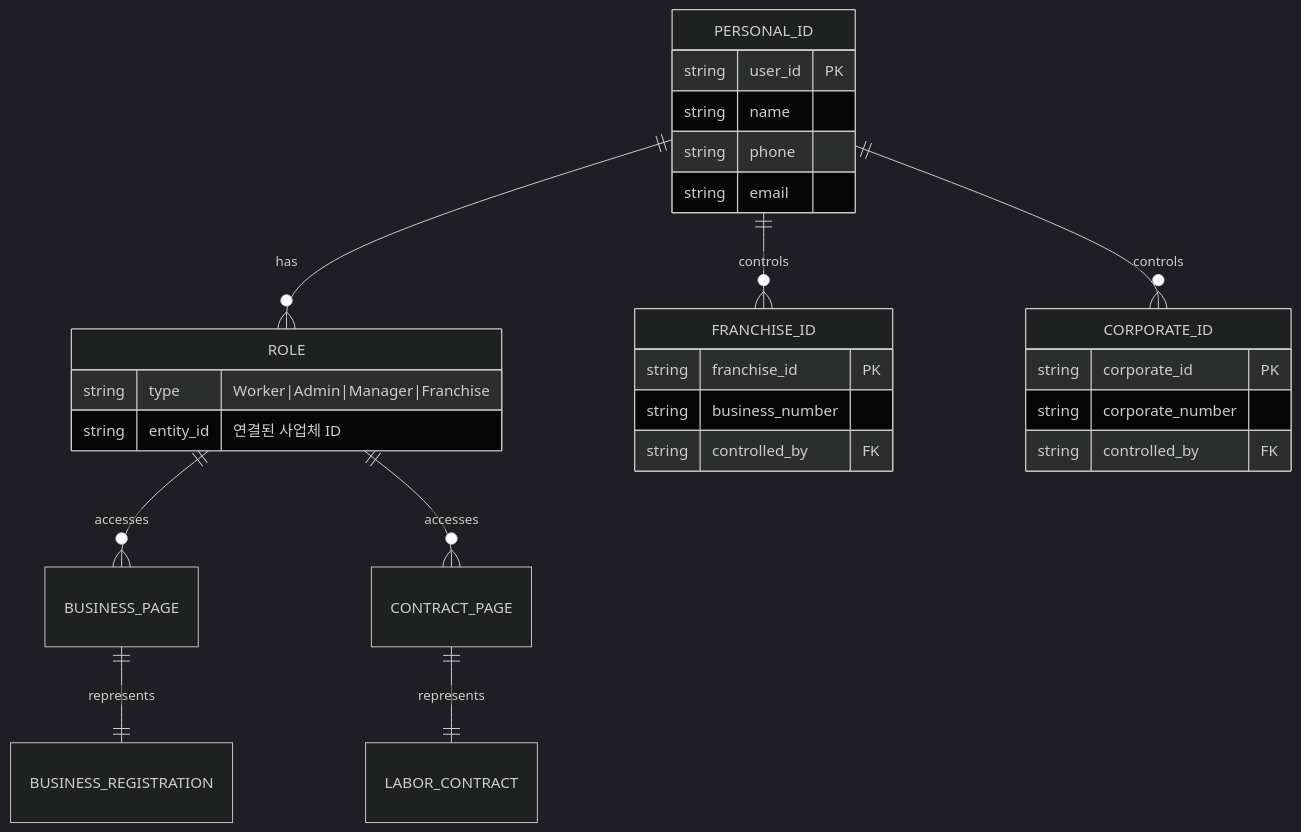
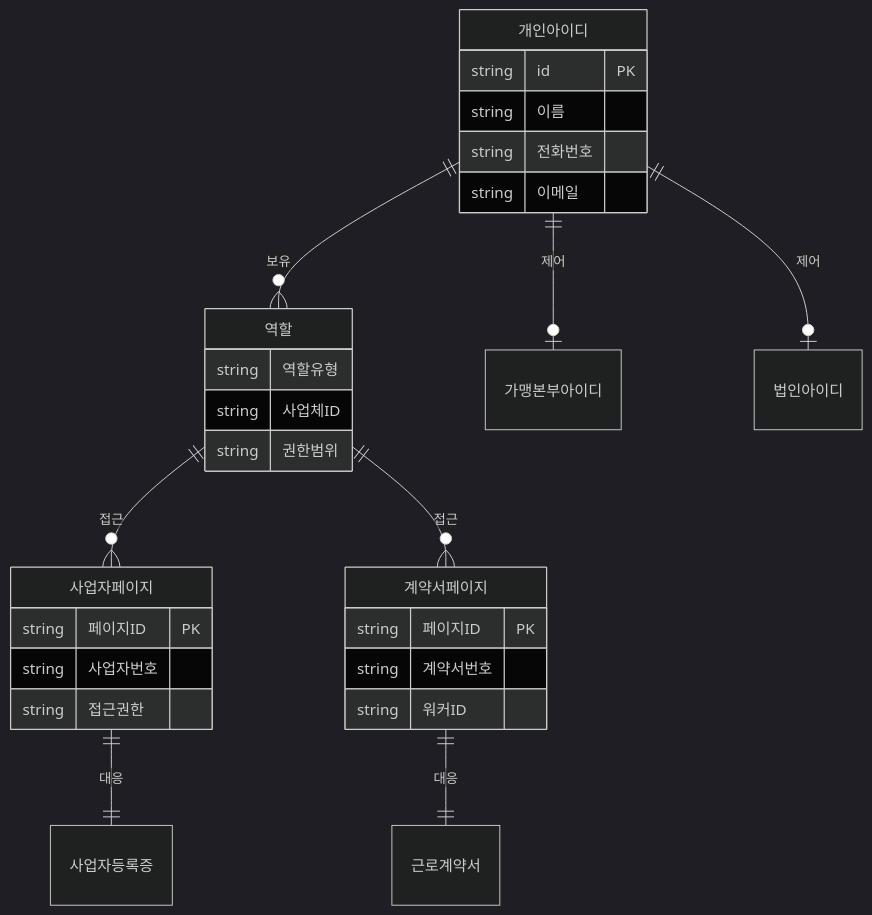
One commit to crazybass81/DOT changed the fifth of 5 diagrams in ID_ROLE_PAGE_DIAGRAMS.md. Above: the diagram before and after it, drawn with Mermaid (dark theme). The commit also changed other lines of this file, not shown here.

````diff
--- a/ID_ROLE_PAGE_DIAGRAMS.md
+++ b/ID_ROLE_PAGE_DIAGRAMS.md
@@ -124,36 +88,37 @@
 ```mermaid
 erDiagram
-    PERSONAL_ID ||--o{ ROLE : "has"
-    PERSONAL_ID ||--o{ FRANCHISE_ID : "controls"
-    PERSONAL_ID ||--o{ CORPORATE_ID : "controls"
+    개인아이디 ||--o{ 역할 : "보유"
+    개인아이디 ||--o| 가맹본부아이디 : "제어"
+    개인아이디 ||--o| 법인아이디 : "제어"
     
-    ROLE {
-        string type "Worker|Admin|Manager|Franchise"
-        string entity_id "연결된 사업체 ID"
+    역할 ||--o{ 사업자페이지 : "접근"
+    역할 ||--o{ 계약서페이지 : "접근"
+    
+    사업자페이지 ||--|| 사업자등록증 : "대응"
+    계약서페이지 ||--|| 근로계약서 : "대응"
+    
+    개인아이디 {
+        string id PK
+        string 이름
+        string 전화번호
+        string 이메일
     }
     
-    PERSONAL_ID {
-        string user_id PK
-        string name
-        string phone
-        string email
+    역할 {
+        string 역할유형
+        string 사업체ID
+        string 권한범위
     }
     
-    FRANCHISE_ID {
-        string franchise_id PK
-        string business_number
-        string controlled_by FK
+    사업자페이지 {
+        string 페이지ID PK
+        string 사업자번호
+        string 접근권한
     }
     
-    CORPORATE_ID {
-        string corporate_id PK
-        string corporate_number
-        string controlled_by FK
+    계약서페이지 {
+        string 페이지ID PK
+        string 계약서번호
+        string 워커ID
     }
-    
-    BUSINESS_PAGE ||--|| BUSINESS_REGISTRATION : "represents"
-    CONTRACT_PAGE ||--|| LABOR_CONTRACT : "represents"
-    
-    ROLE ||--o{ BUSINESS_PAGE : "accesses"
-    ROLE ||--o{ CONTRACT_PAGE : "accesses"
 ```
````
